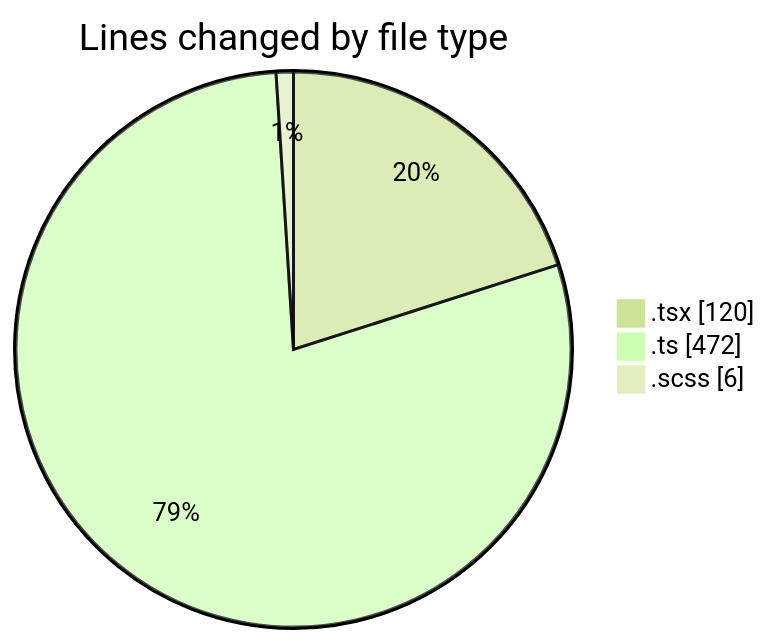
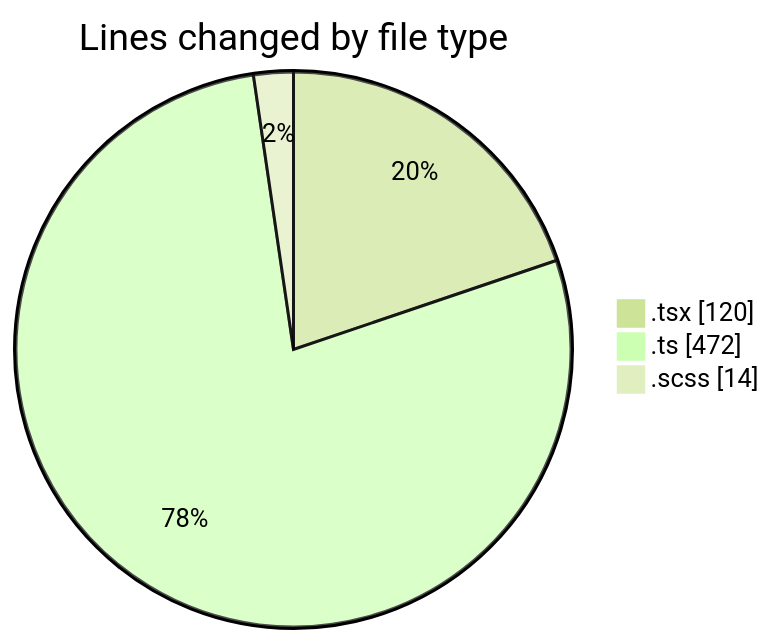
The first of 2 diagrams in 2025-10-07/cda/README.md (momahboobian/code-tracking), drawn with Mermaid (forest theme) before and after one commit. The commit also changed other lines of this file and 1 other file, not shown here.

````diff
--- a/2025-10-07/cda/README.md
+++ b/2025-10-07/cda/README.md
@@ -26,7 +26,7 @@
 ```mermaid
 pie showData
 title Lines changed by file type
 ".tsx" : 120
 ".ts" : 472
-".scss" : 6
+".scss" : 14
 ```
````
